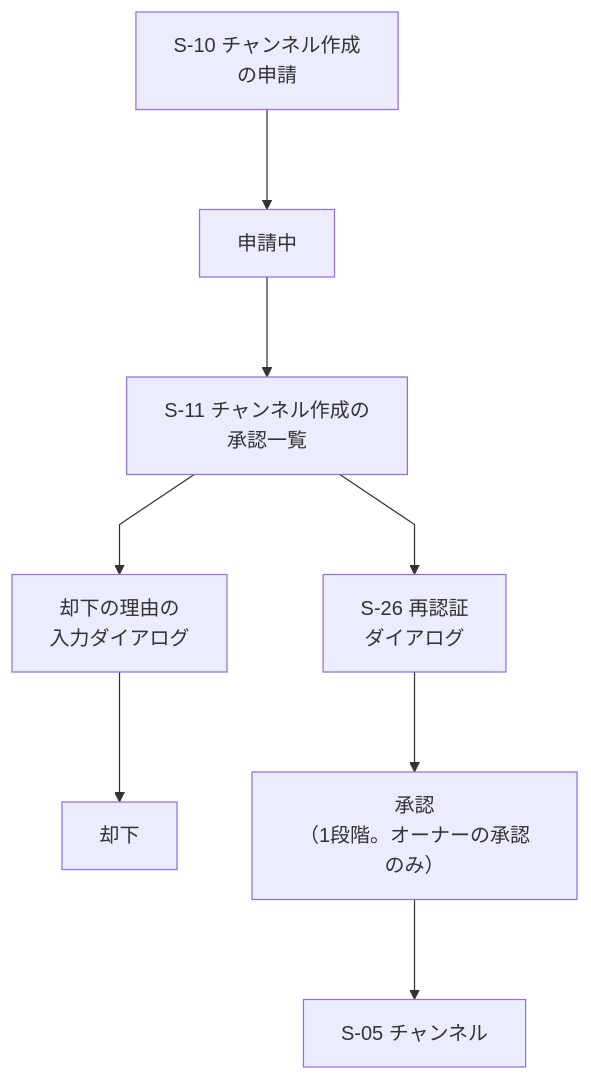
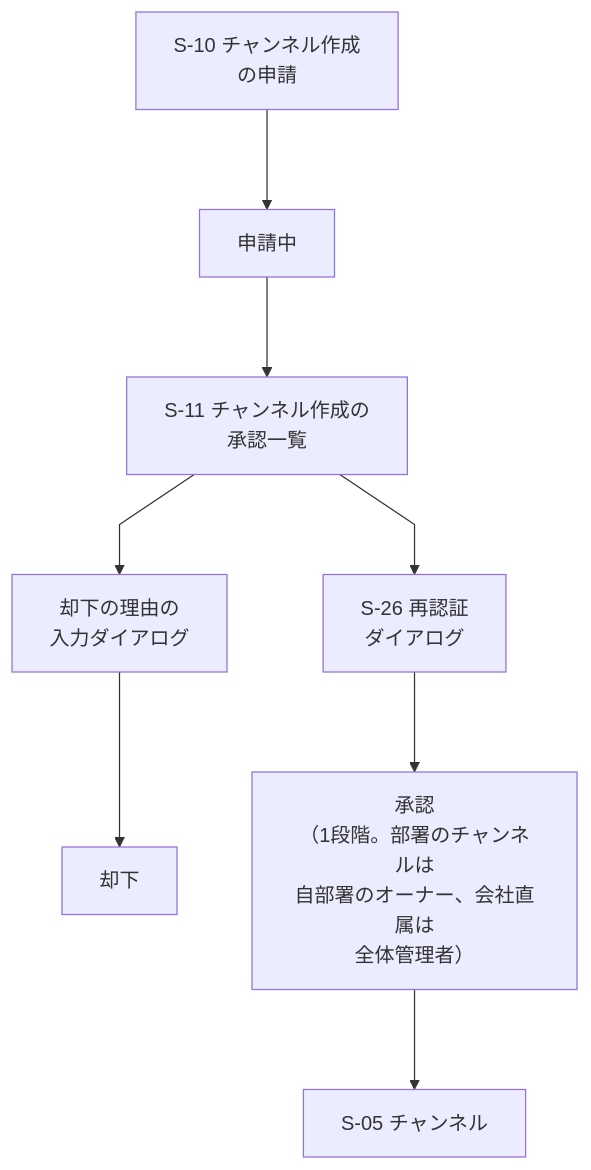
One commit to yamamotonaoki3/internal-system changed the fifth of 13 diagrams in docs/requirements/screens.md. Above: the diagram before and after it, drawn with Mermaid. The commit also changed other lines of this file and 18 other files, not shown here.

````diff
--- a/docs/requirements/screens.md
+++ b/docs/requirements/screens.md
@@ -187,11 +187,11 @@
 ```mermaid
 %%{init: {"flowchart": {"nodeSpacing": 60, "rankSpacing": 80, "curve": "linear", "htmlLabels": true}}}%%
 flowchart TD
     S10["S-10 チャンネル作成<br/>の申請"] --> Wait["申請中"]
     Wait --> S11["S-11 チャンネル作成の<br/>承認一覧"]
     S11 --> S26["S-26 再認証<br/>ダイアログ"]
     S11 --> Reason["却下の理由の<br/>入力ダイアログ"]
     Reason --> Rej["却下"]
-    S26 --> Done["承認<br/>（1段階。オーナーの承認のみ）"]
+    S26 --> Done["承認<br/>（1段階。部署のチャンネルは<br/>自部署のオーナー、会社直属は<br/>全体管理者）"]
     Done --> S05["S-05 チャンネル"]
 ```
````
